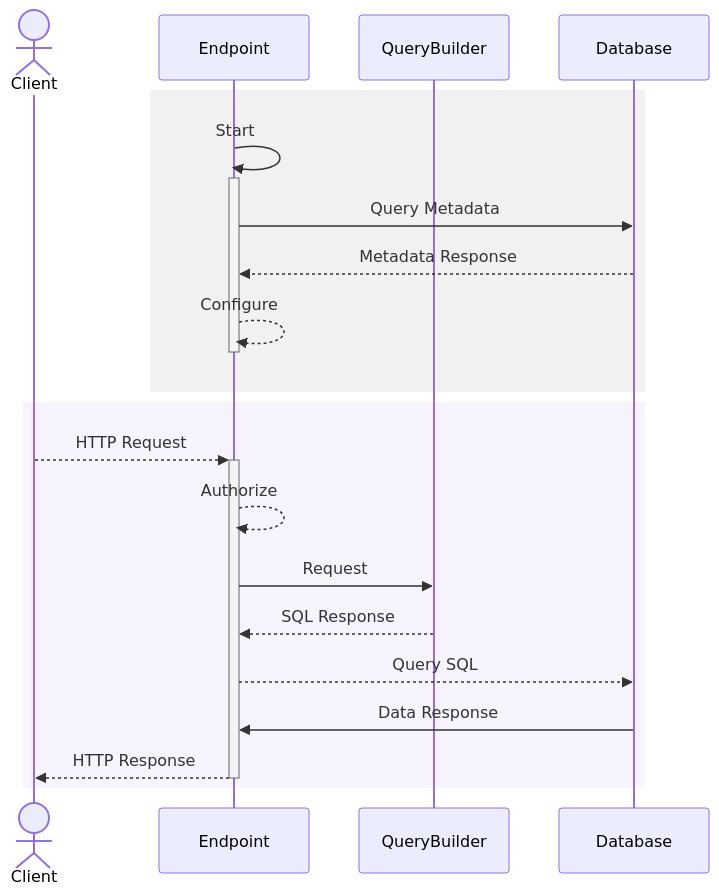
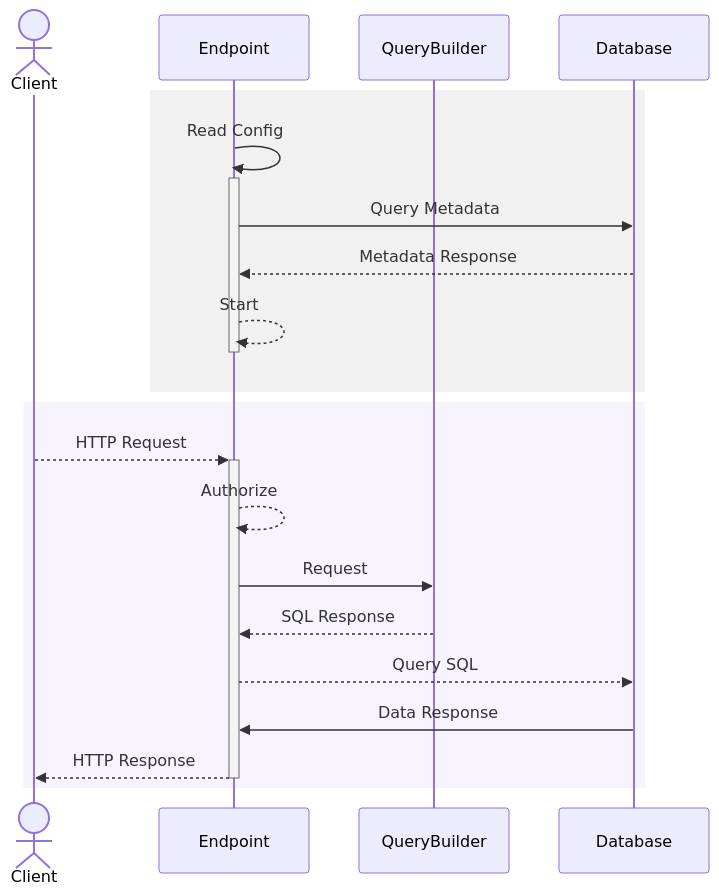
Before and after one commit to Azure/data-api-builder: the diagram in README.md, drawn with Mermaid.

Commit message:
Moved start in sequence

````diff
--- a/README.md
+++ b/README.md
@@ -199,26 +199,26 @@
 ```mermaid
 sequenceDiagram
   actor Client as Client
   participant Endpoint as Endpoint
   participant QueryBuilder as QueryBuilder
   participant DB as Database
 
   %% Initialization / Warming up section (light grey)
   rect rgba(120,120,120,0.10)
-    Endpoint ->>+ Endpoint: Start
+    Endpoint ->>+ Endpoint: Read Config
     Endpoint ->> DB: Query Metadata
     DB -->> Endpoint: Metadata Response
-    Endpoint -->>- Endpoint: Configure
+    Endpoint -->>- Endpoint: Start
   end
 
   %% Request/Response section (very light purple)
   rect rgba(180,150,255,0.11)
     Client -->>+ Endpoint: HTTP Request
       Endpoint -->> Endpoint: Authorize
     Endpoint ->> QueryBuilder: Request
     QueryBuilder -->> Endpoint: SQL Response
       Endpoint -->> DB: Query SQL
       DB ->> Endpoint: Data Response
     Endpoint -->>- Client: HTTP Response
   end
 ```
````
